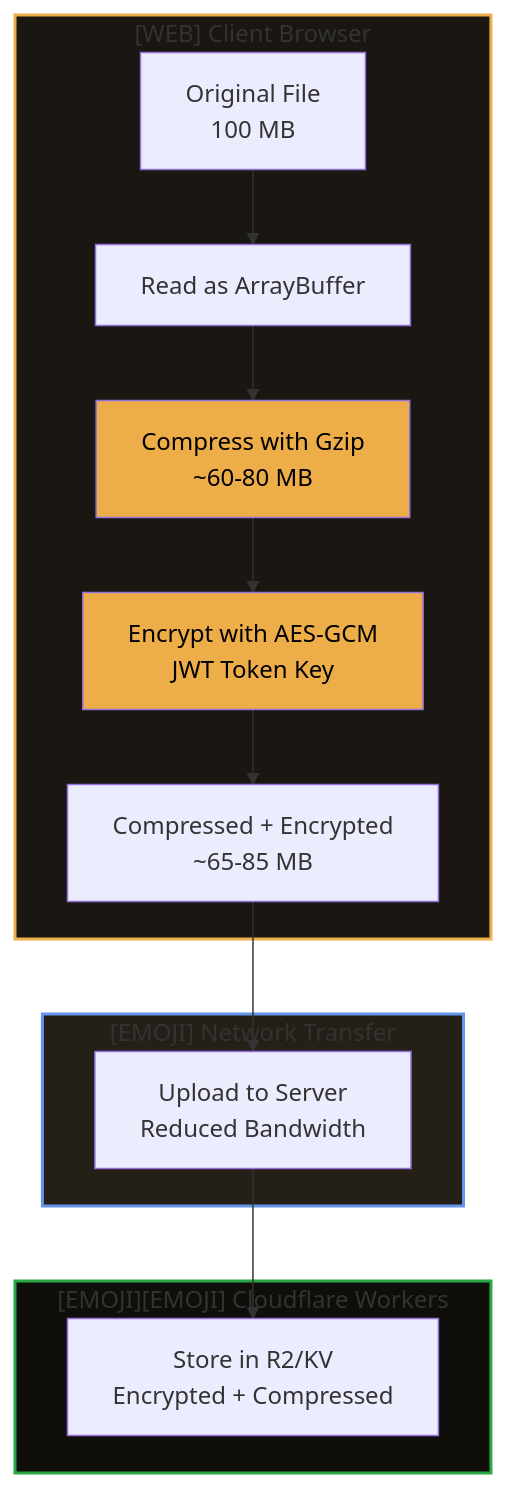
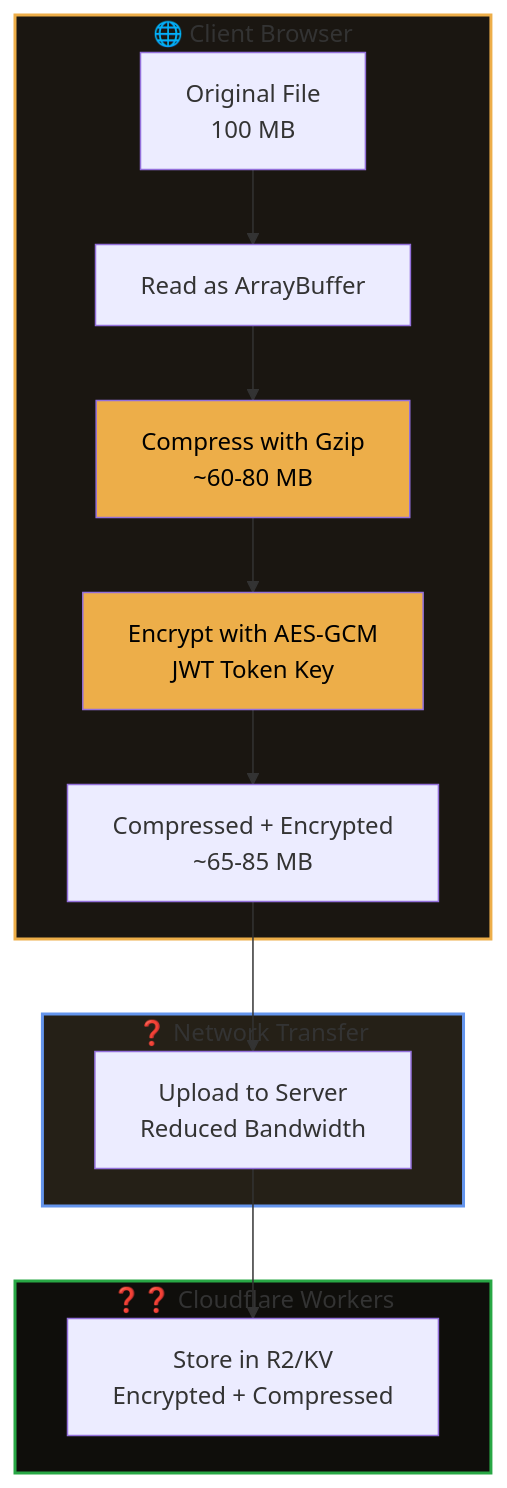
The first of 3 diagrams in serverless/shared/encryption/README.md (Underwood-Inc/strixun-stream-suite), drawn with Mermaid before and after one commit. The commit also changed other lines of this file and 483 other files, not shown here.

````diff
--- a/serverless/shared/encryption/README.md
+++ b/serverless/shared/encryption/README.md
@@ -104,23 +104,23 @@
 ```mermaid
 flowchart TB
-    subgraph Client["[WEB] Client Browser"]
+    subgraph Client["🌐 Client Browser"]
         A[Original File<br/>100 MB] --> B[Read as ArrayBuffer]
         B --> C[Compress with Gzip<br/>~60-80 MB]
         C --> D[Encrypt with AES-GCM<br/>JWT Token Key]
         D --> E[Compressed + Encrypted<br/>~65-85 MB]
     end
     
-    subgraph Network["[EMOJI] Network Transfer"]
+    subgraph Network["❓ Network Transfer"]
         E --> F[Upload to Server<br/>Reduced Bandwidth]
     end
     
-    subgraph Server["[EMOJI][EMOJI] Cloudflare Workers"]
+    subgraph Server["❓❓ Cloudflare Workers"]
         F --> G[Store in R2/KV<br/>Encrypted + Compressed]
     end
     
     style Client fill:#1a1611,stroke:#edae49,stroke-width:2px
     style Network fill:#252017,stroke:#6495ed,stroke-width:2px
     style Server fill:#0f0e0b,stroke:#28a745,stroke-width:2px
     style C fill:#edae49,color:#000
     style D fill:#edae49,color:#000
 ```
````
